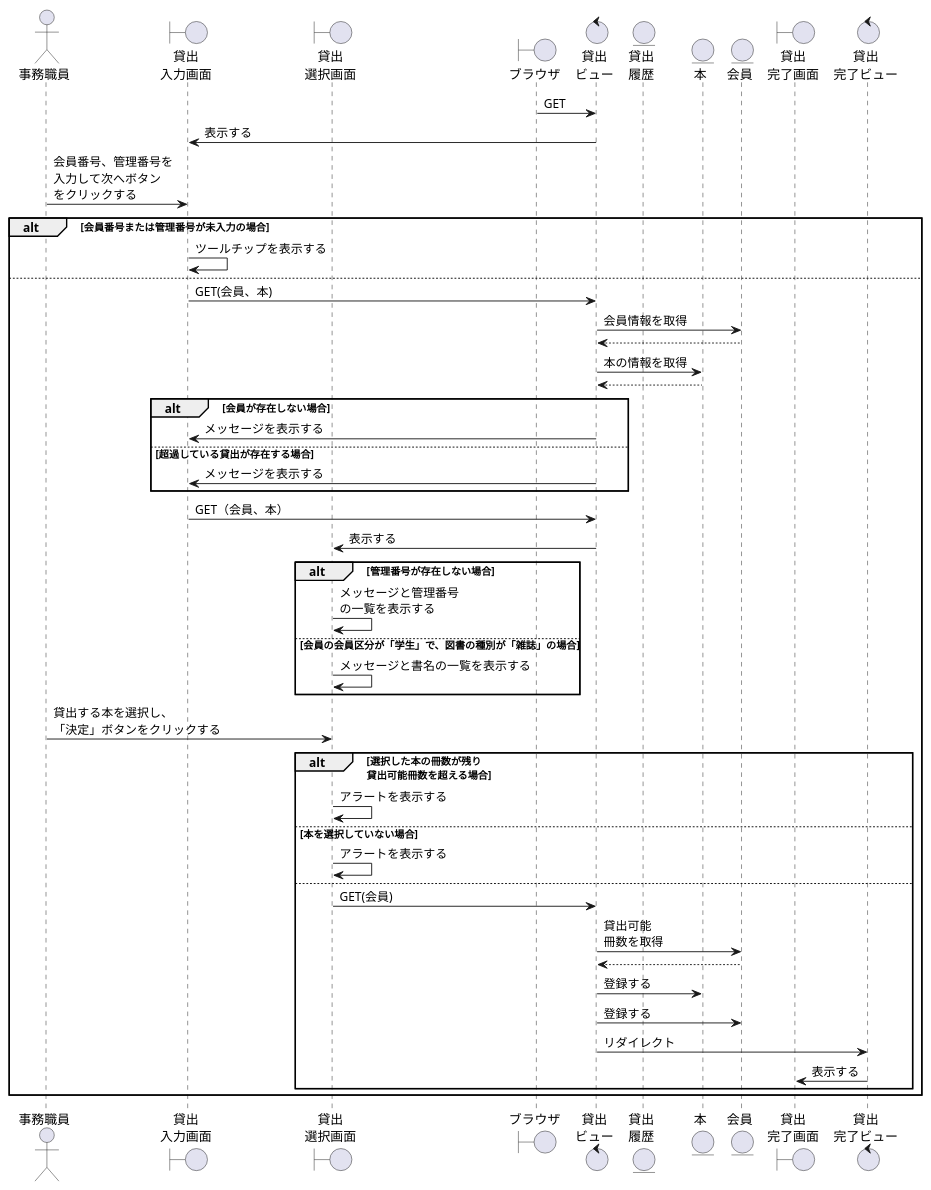
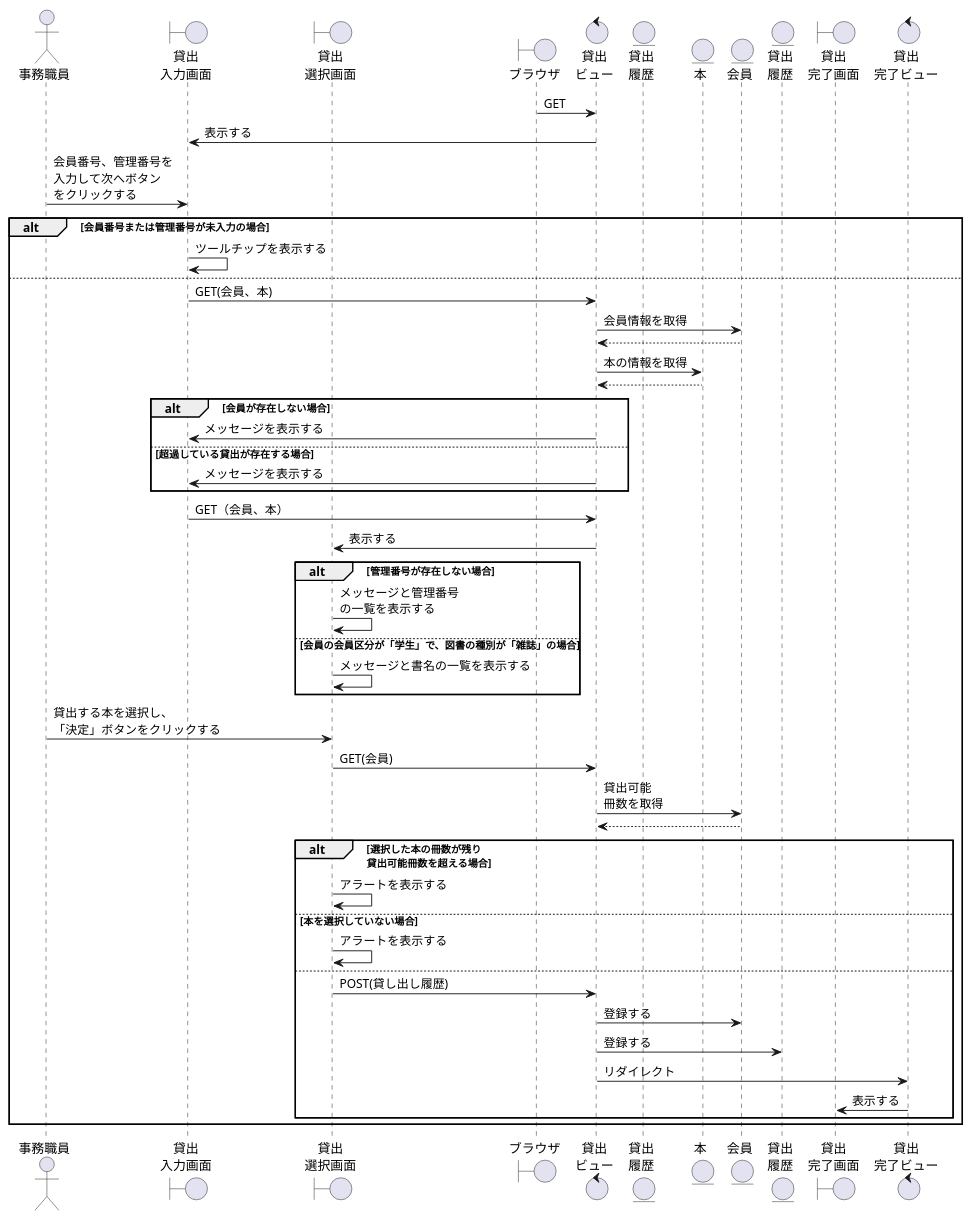
Before and after one commit to ysyk-wtnb16/team_D: the diagram in 効果測定/貸出.wsd, drawn with PlantUML.

Commit message:
貸出修正

```diff
--- a/効果測定/貸出.wsd
+++ b/効果測定/貸出.wsd
@@ -1,53 +1,55 @@
 @startuml KD
  
 actor "事務職員" as staff
 boundary "貸出\n入力画面" as KDIns
 boundary "貸出\n選択画面" as KDSelects
 boundary "ブラウザ" as brz
 control "貸出\nビュー" as KDv
 entity "貸出\n履歴" as KDR
 entity "本" as book
 entity "会員" as member
+entity "貸出\n履歴" as KR
 boundary "貸出\n完了画面" as KDOKs
 control "貸出\n完了ビュー" as KDOKv
  
 brz -> KDv:GET
 KDIns <- KDv:表示する
 staff -> KDIns: 会員番号、管理番号を\n入力して次へボタン\nをクリックする
 alt 会員番号または管理番号が未入力の場合
     KDIns -> KDIns: ツールチップを表示する
 else
     KDIns -> KDv: GET(会員、本)
     KDv -> member: 会員情報を取得
     KDv <-- member
     KDv -> book: 本の情報を取得
     KDv <-- book
     alt 会員が存在しない場合
         KDv -> KDIns: メッセージを表示する
     else 超過している貸出が存在する場合
         KDv -> KDIns:メッセージを表示する
     end
     KDIns -> KDv:GET（会員、本）
     KDSelects <- KDv:表示する
     alt 管理番号が存在しない場合
         KDSelects -> KDSelects: メッセージと管理番号\nの一覧を表示する
     else 会員の会員区分が「学生」で、図書の種別が「雑誌」の場合
         KDSelects -> KDSelects: メッセージと書名の一覧を表示する
     end
     staff -> KDSelects:貸出する本を選択し、\n「決定」ボタンをクリックする
+    KDSelects -> KDv:GET(会員)
+    KDv -> member:貸出可能\n冊数を取得
+    KDv <-- member
     alt 選択した本の冊数が残り\n貸出可能冊数を超える場合
         KDSelects -> KDSelects:アラートを表示する
     else 本を選択していない場合
         KDSelects -> KDSelects:アラートを表示する
     else
-    KDSelects -> KDv:GET(会員)
-    KDv -> member:貸出可能\n冊数を取得
-    KDv <-- member:
-    KDv -> book:登録する
+    KDSelects -> KDv:POST(貸し出し履歴)
     KDv -> member:登録する
+    KDv -> KR:登録する
     KDv -> KDOKv:リダイレクト
     KDOKs <-KDOKv:表示する
     end
 end
  
 @enduml
```
